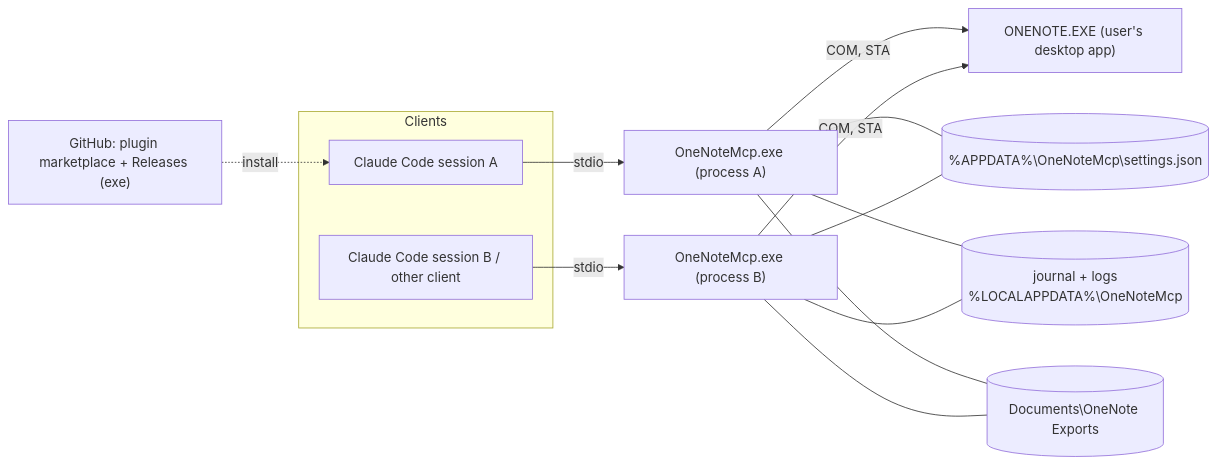
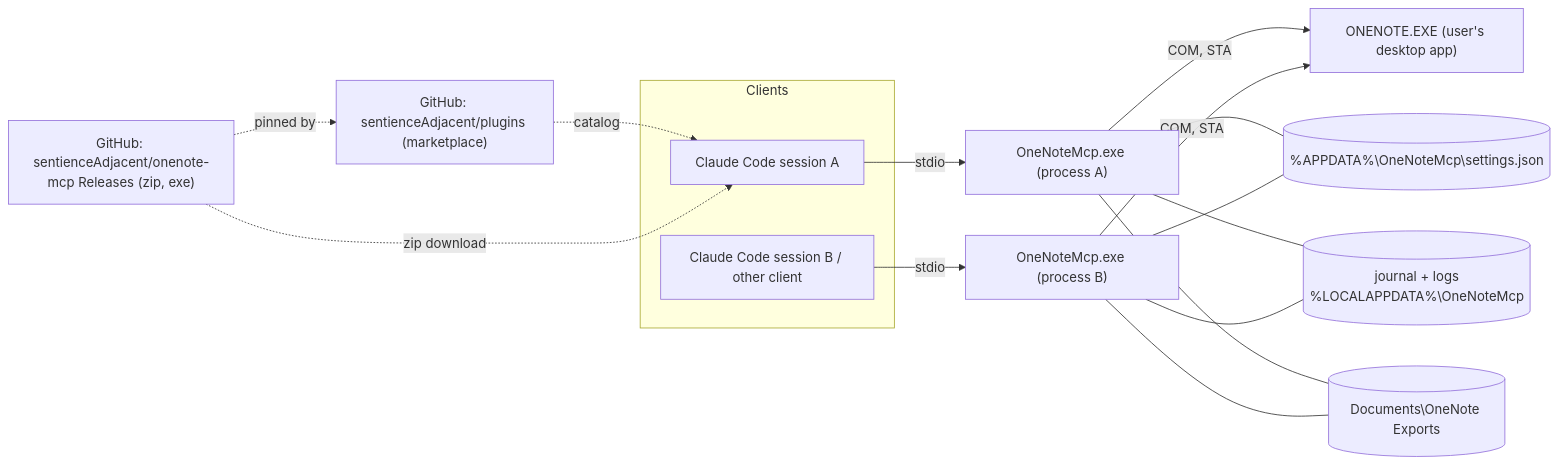
One commit to sentienceAdjacent/onenote-mcp changed the second of 2 diagrams in _bmad-output/initiative-onenote-mcp-v1/architecture-onenote-mcp/architecture-onenote-mcp.md. Above: the diagram before and after it, drawn with Mermaid. The commit also changed other lines of this file and 15 other files, not shown here.

First line of the commit message:
chore: rename plugin to onenote, move marketplace to sentienceAdjacent/plugins

````diff
--- a/_bmad-output/initiative-onenote-mcp-v1/architecture-onenote-mcp/architecture-onenote-mcp.md
+++ b/_bmad-output/initiative-onenote-mcp-v1/architecture-onenote-mcp/architecture-onenote-mcp.md
@@ -400,15 +422,17 @@
 ```mermaid
 flowchart LR
   subgraph Clients
     CC1["Claude Code session A"]
     CC2["Claude Code session B / other client"]
   end
   CC1 -- stdio --> S1["OneNoteMcp.exe (process A)"]
   CC2 -- stdio --> S2["OneNoteMcp.exe (process B)"]
   S1 -- COM, STA --> ON["ONENOTE.EXE (user's desktop app)"]
   S2 -- COM, STA --> ON
   S1 & S2 --- CFG[("%APPDATA%\OneNoteMcp\settings.json")]
   S1 & S2 --- JR[("journal + logs<br/>%LOCALAPPDATA%\OneNoteMcp")]
   S1 & S2 --- EX[("Documents\OneNote Exports")]
-  GH["GitHub: plugin marketplace + Releases (exe)"] -. install .-> CC1
+  GH["GitHub: sentienceAdjacent/onenote-mcp Releases (zip, exe)"] -. pinned by .-> MP["GitHub: sentienceAdjacent/plugins (marketplace)"]
+  MP -. catalog .-> CC1
+  GH -. zip download .-> CC1
 ```
````
